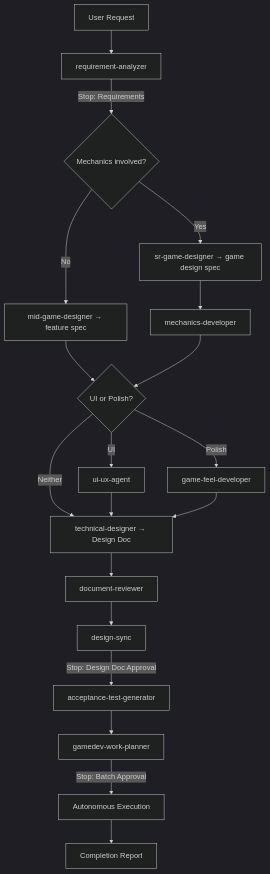
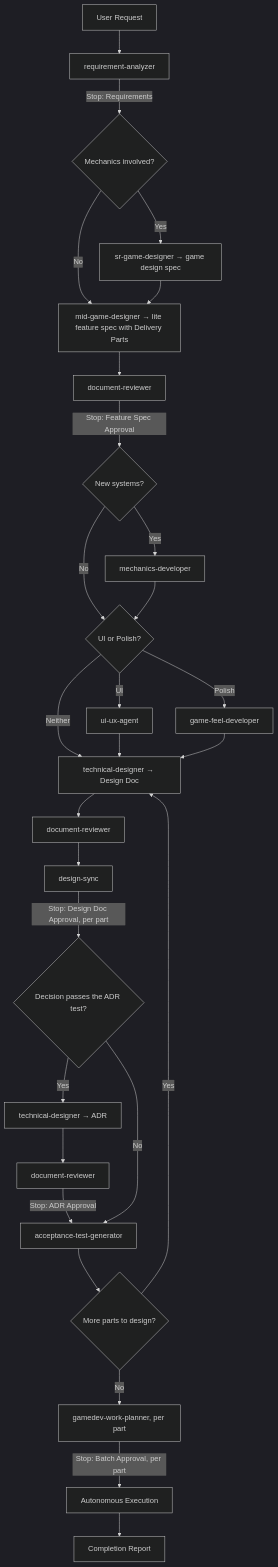
The fifth of 10 diagrams in docs/overture/gamedev-workflows.md (tundraray/overture), drawn with Mermaid (dark theme) before and after one commit. The commit also changed other lines of this file and 174 other files, not shown here.

````diff
--- a/docs/overture/gamedev-workflows.md
+++ b/docs/overture/gamedev-workflows.md
@@ -171,21 +185,30 @@
 ```mermaid
 graph TB
     A[User Request] --> B[requirement-analyzer]
     B --> |"Stop: Requirements"| COND{Mechanics involved?}
     COND --> |Yes| SGD[sr-game-designer → game design spec]
-    COND --> |No| MGD[mid-game-designer → feature spec]
-    SGD --> MD[mechanics-developer]
-    MGD --> COND2{UI or Polish?}
+    COND --> |No| MGD
+    SGD --> MGD[mid-game-designer → lite feature spec with Delivery Parts]
+    MGD --> DRF[document-reviewer]
+    DRF --> |"Stop: Feature Spec Approval"| MECH{New systems?}
+    MECH --> |Yes| MD[mechanics-developer]
+    MECH --> |No| COND2{UI or Polish?}
     MD --> COND2
     COND2 --> |UI| UI[ui-ux-agent]
     COND2 --> |Polish| GFD[game-feel-developer]
     COND2 --> |Neither| TD
     UI --> TD[technical-designer → Design Doc]
     GFD --> TD
     TD --> DR[document-reviewer]
     DR --> SYNC[design-sync]
-    SYNC --> |"Stop: Design Doc Approval"| ATG[acceptance-test-generator]
-    ATG --> WP[gamedev-work-planner]
-    WP --> |"Stop: Batch Approval"| AUTO[Autonomous Execution]
+    SYNC --> |"Stop: Design Doc Approval, per part"| ADR{Decision passes the ADR test?}
+    ADR --> |Yes| TDA[technical-designer → ADR]
+    TDA --> DRA[document-reviewer]
+    DRA --> |"Stop: ADR Approval"| ATG[acceptance-test-generator]
+    ADR --> |No| ATG
+    ATG --> MORE{More parts to design?}
+    MORE --> |Yes| TD
+    MORE --> |No| WP[gamedev-work-planner, per part]
+    WP --> |"Stop: Batch Approval, per part"| AUTO[Autonomous Execution]
     AUTO --> DONE[Completion Report]
 ```
````
